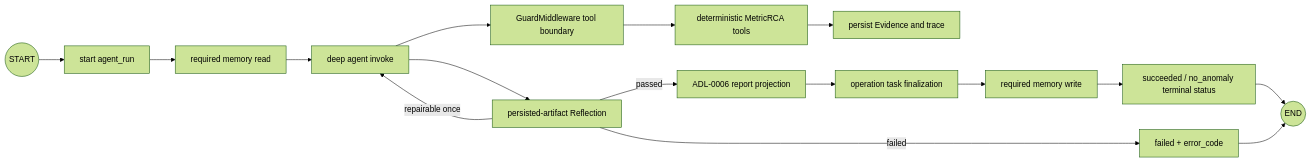
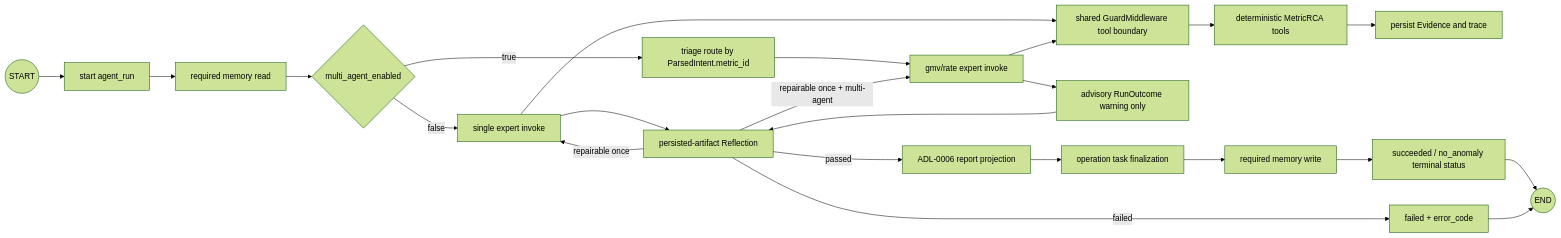
One commit to WOTMCCR/MetricRCA changed the second of 3 diagrams in docs/MetricRCA.md. Above: the diagram before and after it, drawn with Mermaid (forest theme). The commit also changed other lines of this file and 21 other files, not shown here.

Commit message:
feat: implement P9 multi-agent topology and parallel eval

````diff
--- a/docs/MetricRCA.md
+++ b/docs/MetricRCA.md
@@ -310,18 +316,25 @@
 ```mermaid
 flowchart LR
   START((START)) --> start_run[start agent_run]
   start_run --> memory[required memory read]
-  memory --> agent[deep agent invoke]
-  agent --> guard[GuardMiddleware tool boundary]
+  memory --> mode{multi_agent_enabled}
+  mode -->|false| agent[single expert invoke]
+  mode -->|true| triage[triage route by ParsedIntent.metric_id]
+  triage --> expert[gmv/rate expert invoke]
+  agent --> guard[shared GuardMiddleware tool boundary]
+  expert --> guard
   guard --> tools[deterministic MetricRCA tools]
   tools --> evidence[persist Evidence and trace]
   agent --> reflect[persisted-artifact Reflection]
+  expert --> outcome[advisory RunOutcome warning only]
+  outcome --> reflect
   reflect -->|repairable once| agent
+  reflect -->|repairable once + multi-agent| expert
   reflect -->|passed| project[ADL-0006 report projection]
   reflect -->|failed| fail[failed + error_code]
   project --> tasks[operation task finalization]
   tasks --> mem_w[required memory write]
   mem_w --> finish[succeeded / no_anomaly terminal status]
   finish --> END((END))
   fail --> END
 ```
````
